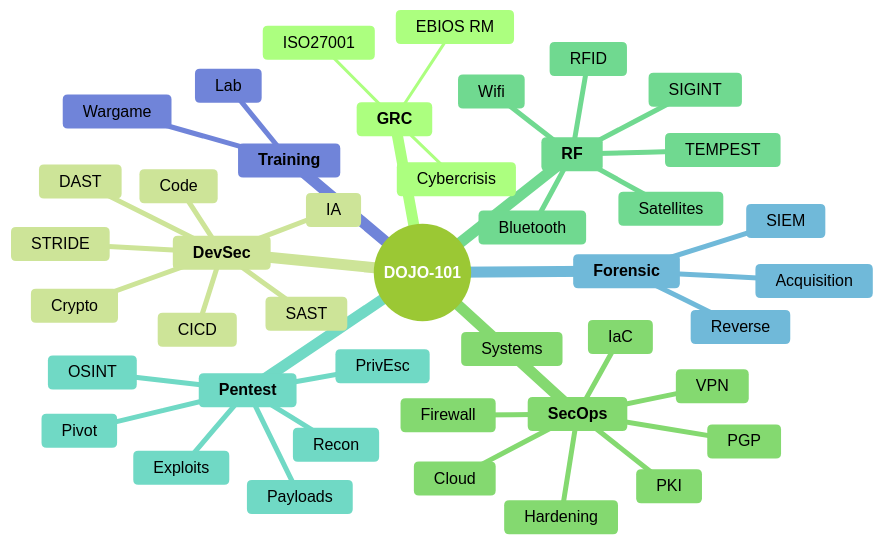
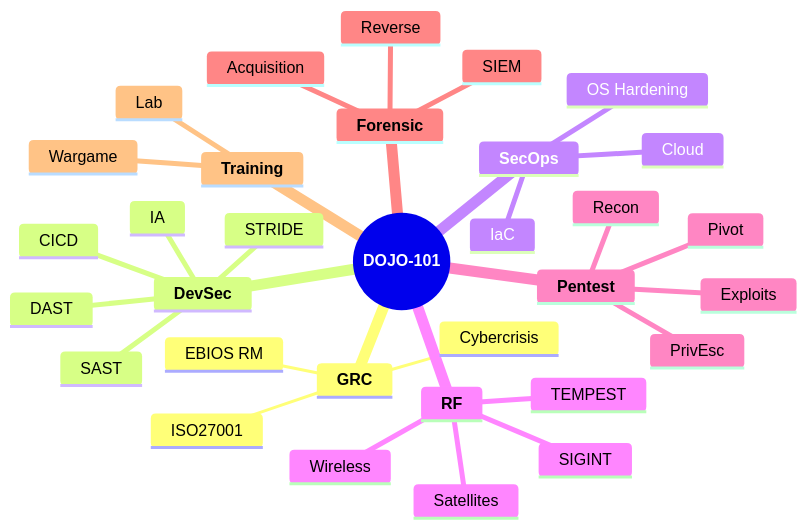
The diagram in README.md (Aif4thah/Dojo-101), drawn with Mermaid before and after one commit. The commit also changed 1 other file, not shown here.

````diff
--- a/README.md
+++ b/README.md
@@ -26,55 +26,43 @@
 ```mermaid
-%%{ init: { "theme": "forest" } }%%
 mindmap
   root((**DOJO-101**))
 
       **GRC**
         ISO27001
         EBIOS RM
         Cybercrisis
     
     **DevSec**
         SAST
         DAST
         STRIDE
         CICD
-        Code
-        Crypto
         IA
 
     **SecOps**
-        Hardening
-        Systems
+        OS Hardening
         IaC
         Cloud
-        Firewall
-        VPN
-        PKI
-        PGP
 
     **RF**
         TEMPEST
         SIGINT
-        Wifi
-        RFID
-        Bluetooth
+        Wireless
         Satellites
 
     **Pentest**
-        OSINT
         Recon
         Exploits
-        Payloads
         PrivEsc
         Pivot
 
     **Forensic**
         Acquisition
         Reverse
         SIEM
 
     **Training**
         Lab
         Wargame
 
 ```
````
